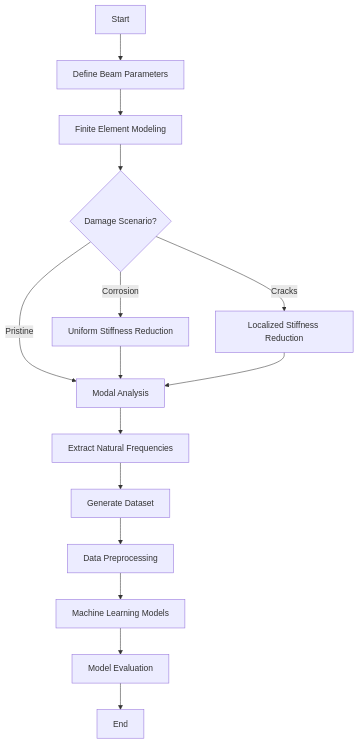
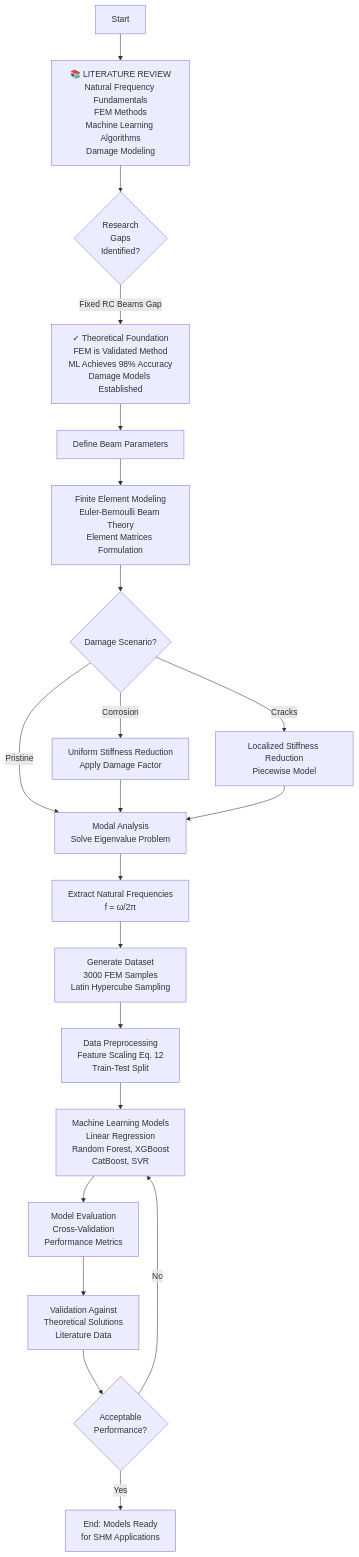
One commit to mabdulrafea101/FEM-MS changed the diagram in documentation.md. Above: the diagram before and after it, drawn with Mermaid. The commit also changed other lines of this file, not shown here.

Commit message:
fixed flowchart in chapter 3 and equation 5

````diff
--- a/documentation.md
+++ b/documentation.md
@@ -323,17 +323,23 @@
 ```mermaid
 graph TD
-    A[Start] --> B[Define Beam Parameters]
-    B --> C[Finite Element Modeling]
-    C --> D{Damage Scenario?}
-    D -- Pristine --> E[Modal Analysis]
-    D -- Corrosion --> F[Uniform Stiffness Reduction]
-    D -- Cracks --> G[Localized Stiffness Reduction]
-    F --> E
-    G --> E
-    E --> H[Extract Natural Frequencies]
-    H --> I[Generate Dataset]
-    I --> J[Data Preprocessing]
-    J --> K[Machine Learning Models]
-    K --> L[Model Evaluation]
-    L --> M[End]
+    A[Start] --> B["📚 LITERATURE REVIEW<br/>Natural Frequency Fundamentals<br/>FEM Methods<br/>Machine Learning Algorithms<br/>Damage Modeling"]
+    B --> C{Research<br/>Gaps<br/>Identified?}
+    C -- Fixed RC Beams Gap --> D["✓ Theoretical Foundation<br/>FEM is Validated Method<br/>ML Achieves 98% Accuracy<br/>Damage Models Established"]
+    D --> E[Define Beam Parameters]
+    E --> F[Finite Element Modeling<br/>Euler-Bernoulli Beam Theory<br/>Element Matrices Formulation]
+    F --> G{Damage Scenario?}
+    G -- Pristine --> H[Modal Analysis<br/>Solve Eigenvalue Problem]
+    G -- Corrosion --> I[Uniform Stiffness Reduction<br/>Apply Damage Factor]
+    G -- Cracks --> J[Localized Stiffness Reduction<br/>Piecewise Model]
+    I --> H
+    J --> H
+    H --> K[Extract Natural Frequencies<br/>f = ω/2π]
+    K --> L[Generate Dataset<br/>3000 FEM Samples<br/>Latin Hypercube Sampling]
+    L --> M[Data Preprocessing<br/>Feature Scaling Eq. 12<br/>Train-Test Split]
+    M --> N[Machine Learning Models<br/>Linear Regression<br/>Random Forest, XGBoost<br/>CatBoost, SVR]
+    N --> O[Model Evaluation<br/>Cross-Validation<br/>Performance Metrics]
+    O --> P[Validation Against<br/>Theoretical Solutions<br/>Literature Data]
+    P --> Q{Acceptable<br/>Performance?}
+    Q -- Yes --> R[End: Models Ready<br/>for SHM Applications]
+    Q -- No --> N
 ```
````
